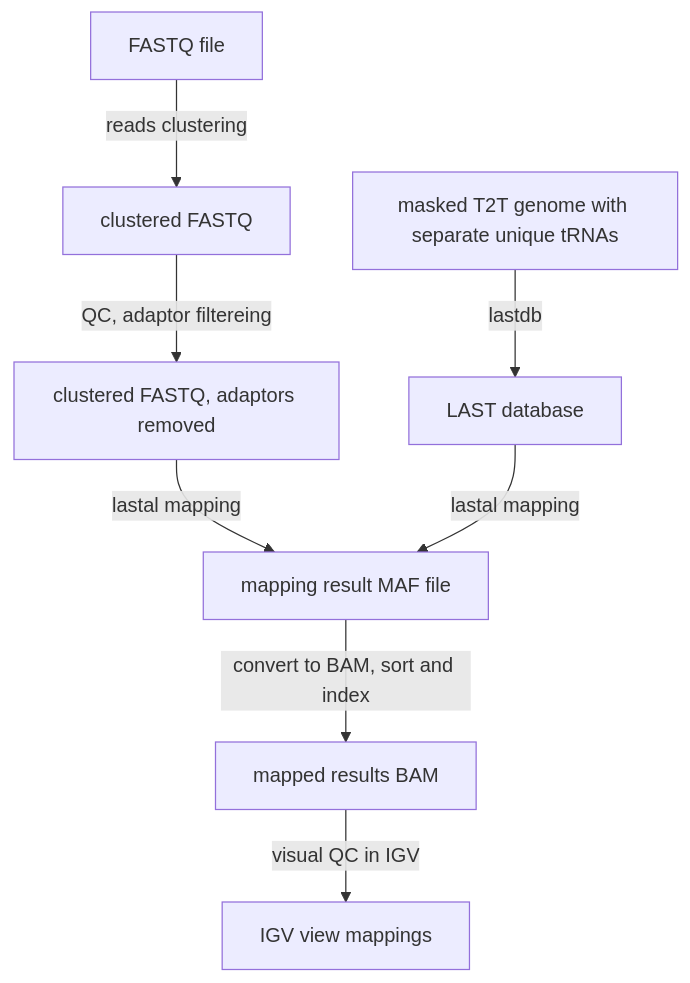
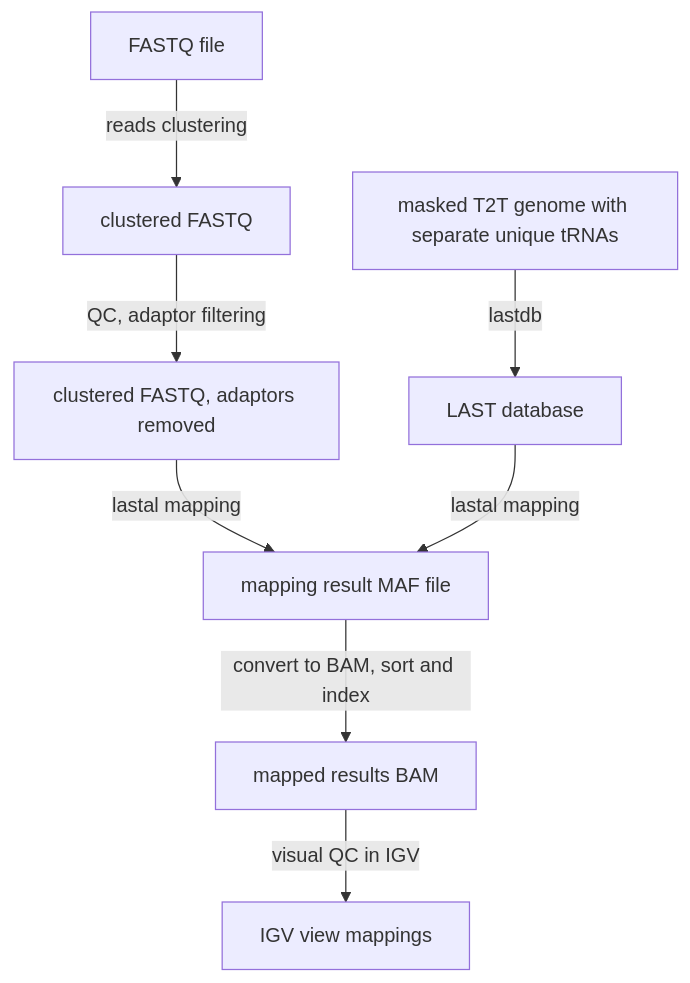
One commit to Cancer-Genomics-TH/tRNA_methyl changed the third of 7 diagrams in doc/workflow_mermaid.md. Above: the diagram before and after it, drawn with Mermaid. The commit also changed other lines of this file, not shown here.

Commit message:
mermaid flowchart: dual mapping p1

````diff
--- a/doc/workflow_mermaid.md
+++ b/doc/workflow_mermaid.md
@@ -45,10 +74,10 @@
 ```mermaid
 graph TD
     genome_for_mapping[masked T2T genome with separate unique tRNAs]-->|lastdb|last_database[LAST database]
     input_fastq[FASTQ file] --> |reads clustering| clustered_fastq[clustered FASTQ]
-    clustered_fastq --> |QC, adaptor filtereing| fastped_fastq[clustered FASTQ, adaptors removed ]
+    clustered_fastq --> |QC, adaptor filtering| fastped_fastq[clustered FASTQ, adaptors removed ]
     fastped_fastq -->|lastal mapping|maf_result[mapping result MAF file]
     last_database -->|lastal mapping|maf_result
     maf_result --> |convert to BAM, sort and index| bam_result[mapped results BAM]
     bam_result --> |visual QC in IGV| igv_screen_shots[IGV view mappings]
 ```
````
